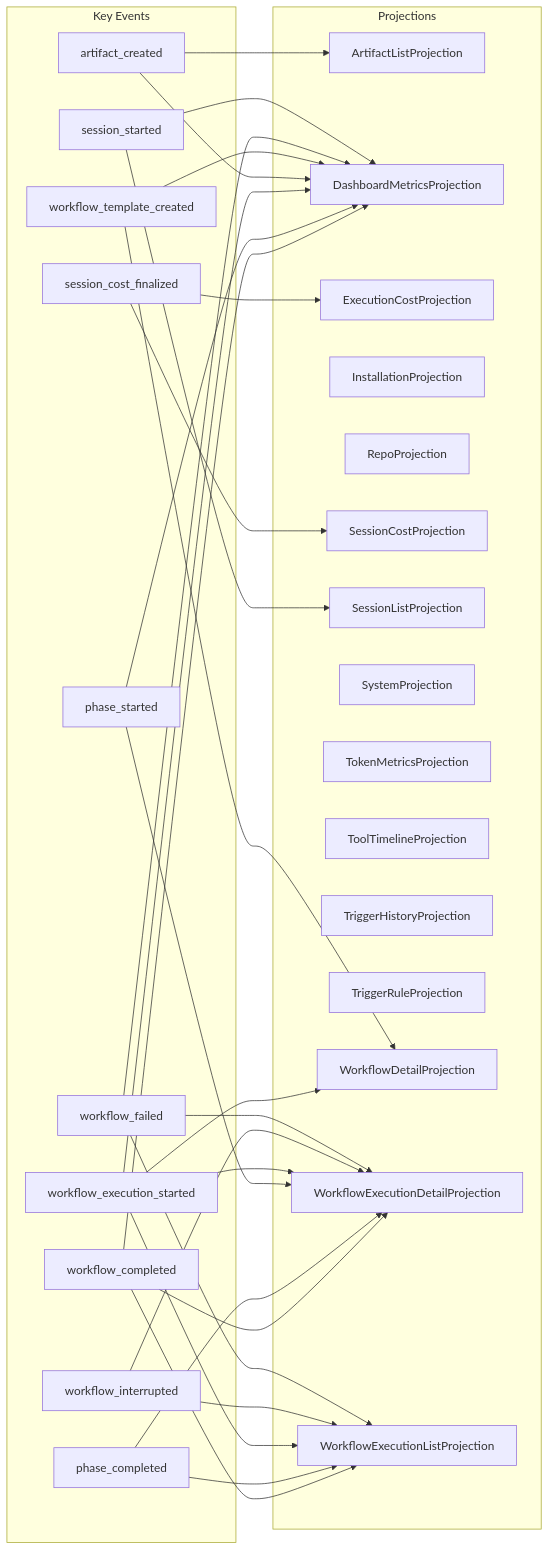
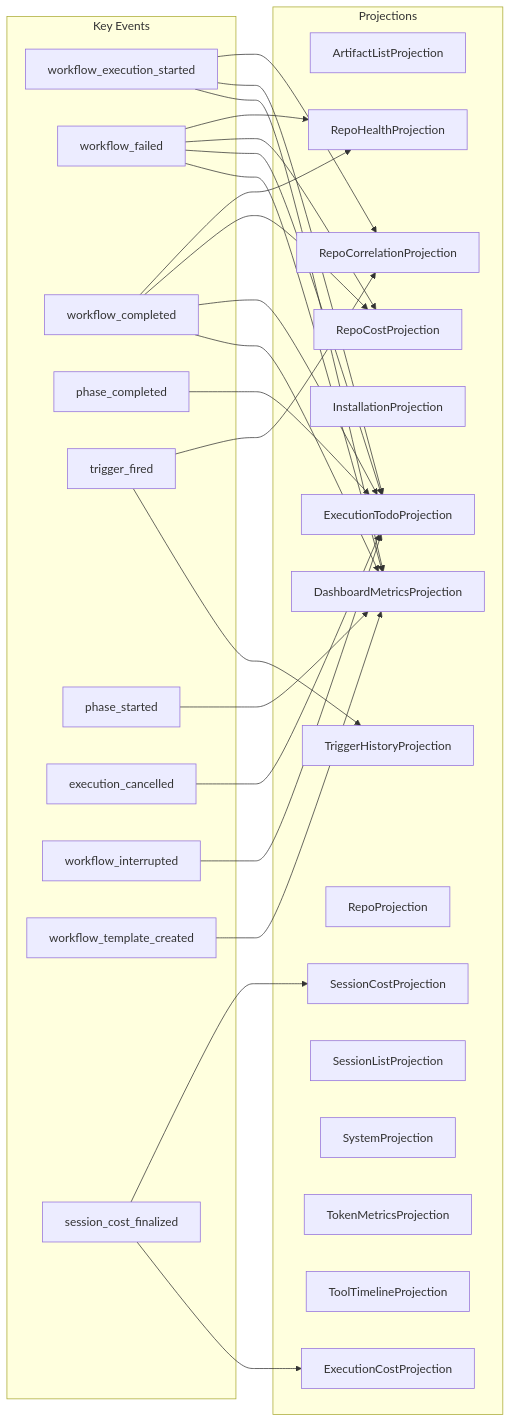
The diagram in docs/architecture/projection-subscriptions.md (syntropic137/syntropic137), drawn with Mermaid before and after one commit. The commit also changed other lines of this file and 49 other files, not shown here.

````diff
--- a/docs/architecture/projection-subscriptions.md
+++ b/docs/architecture/projection-subscriptions.md
@@ -15,58 +15,54 @@
 ```mermaid
 graph LR
     subgraph events["Key Events"]
         e1[workflow_execution_started]
         e2[workflow_failed]
-        e3[workflow_template_created]
-        e4[phase_started]
-        e5[phase_completed]
-        e6[workflow_completed]
-        e7[session_started]
-        e8[session_cost_finalized]
-        e9[workflow_interrupted]
-        e10[artifact_created]
+        e3[workflow_completed]
+        e4[phase_completed]
+        e5[trigger_fired]
+        e6[phase_started]
+        e7[execution_cancelled]
+        e8[workflow_interrupted]
+        e9[workflow_template_created]
+        e10[session_cost_finalized]
     end
 
     subgraph projections["Projections"]
         p1[ArtifactListProjection]
         p2[DashboardMetricsProjection]
         p3[ExecutionCostProjection]
-        p4[InstallationProjection]
-        p5[RepoProjection]
-        p6[SessionCostProjection]
-        p7[SessionListProjection]
-        p8[SystemProjection]
-        p9[TokenMetricsProjection]
-        p10[ToolTimelineProjection]
-        p11[TriggerHistoryProjection]
-        p12[TriggerRuleProjection]
-        p13[WorkflowDetailProjection]
-        p14[WorkflowExecutionDetailProjection]
-        p15[WorkflowExecutionListProjection]
+        p4[ExecutionTodoProjection]
+        p5[InstallationProjection]
+        p6[RepoCorrelationProjection]
+        p7[RepoCostProjection]
+        p8[RepoHealthProjection]
+        p9[RepoProjection]
+        p10[SessionCostProjection]
+        p11[SessionListProjection]
+        p12[SystemProjection]
+        p13[TokenMetricsProjection]
+        p14[ToolTimelineProjection]
+        p15[TriggerHistoryProjection]
     end
 
-    e7 --> p7
-    e7 --> p2
-    e8 --> p6
-    e8 --> p3
-    e2 --> p14
-    e2 --> p15
+    e5 --> p6
+    e5 --> p15
+    e6 --> p2
+    e7 --> p4
+    e10 --> p10
+    e10 --> p3
+    e2 --> p8
+    e2 --> p7
+    e2 --> p4
     e2 --> p2
-    e3 --> p13
+    e3 --> p8
+    e3 --> p7
+    e3 --> p4
     e3 --> p2
-    e9 --> p14
-    e9 --> p15
-    e10 --> p1
-    e10 --> p2
-    e1 --> p14
-    e1 --> p13
-    e1 --> p15
+    e1 --> p6
+    e1 --> p4
     e1 --> p2
-    e4 --> p14
-    e4 --> p2
-    e5 --> p14
-    e5 --> p15
-    e6 --> p14
-    e6 --> p15
-    e6 --> p2
+    e4 --> p4
+    e8 --> p4
+    e9 --> p2
 ```
````
